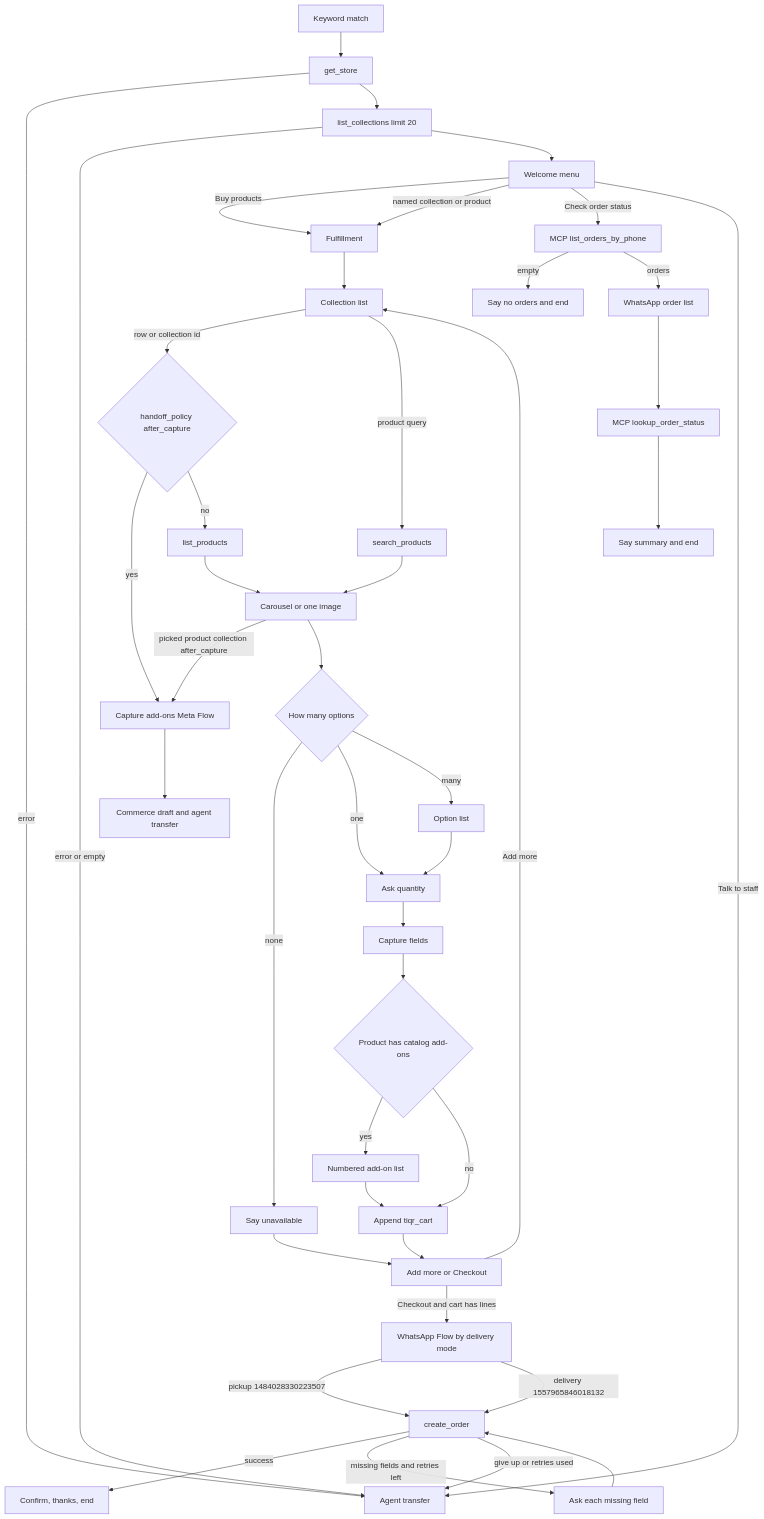
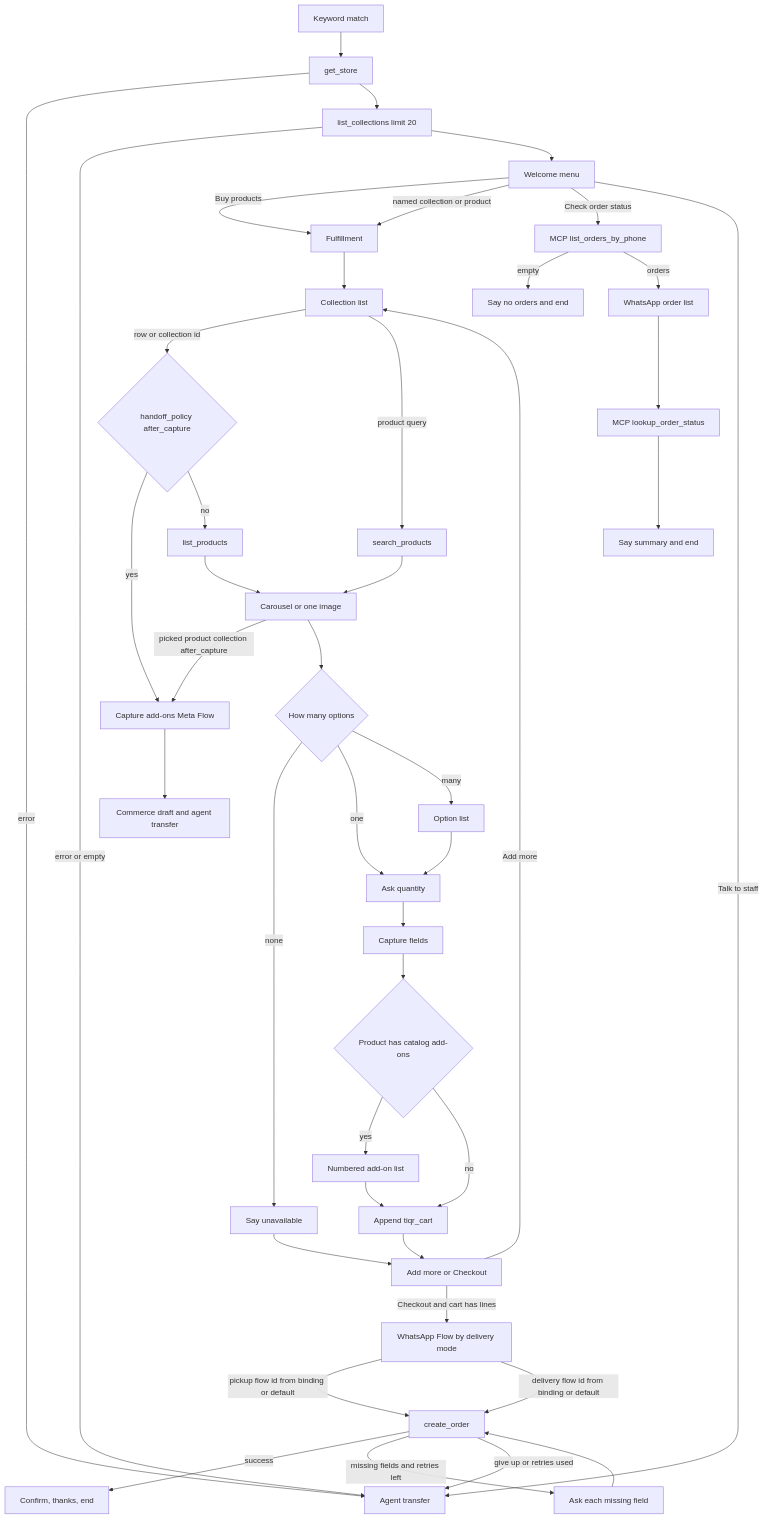
The diagram in docs/tiqr-ecommerce-coded-flow.md (Ticker-Events/whatomate), drawn with Mermaid before and after one commit. The commit also changed other lines of this file and 12 other files, not shown here.

````diff
--- a/docs/tiqr-ecommerce-coded-flow.md
+++ b/docs/tiqr-ecommerce-coded-flow.md
@@ -19,45 +19,45 @@
 ```mermaid
 flowchart TD
   kw[Keyword match] --> store[get_store]
   store -->|error| xfer[Agent transfer]
   store --> cols["list_collections limit 20"]
   cols -->|error or empty| xfer
   cols --> menu[Welcome menu]
   menu -->|Buy products| ful[Fulfillment]
   menu -->|named collection or product| ful
   menu -->|Check order status| look[MCP list_orders_by_phone]
   menu -->|Talk to staff| xfer
   look -->|empty| miss[Say no orders and end]
   look -->|orders| pick[WhatsApp order list]
   pick --> detail[MCP lookup_order_status]
   detail --> endStatus[Say summary and end]
   ful --> list[Collection list]
   list -->|row or collection id| policy{handoff_policy after_capture}
   policy -->|yes| earlyHandoff[Capture add-ons Meta Flow]
   earlyHandoff --> commerceXfer[Commerce draft and agent transfer]
   policy -->|no| prod[list_products]
   list -->|product query| search[search_products]
   search --> show[Carousel or one image]
   prod --> show
   show -->|picked product collection after_capture| earlyHandoff
   show --> opt{How many options}
   opt -->|none| skip[Say unavailable]
   opt -->|one| qty[Ask quantity]
   opt -->|many| olist[Option list]
   olist --> qty
   qty --> capture[Capture fields]
   capture --> addons{Product has catalog add-ons}
   addons -->|yes| addonAsk[Numbered add-on list]
   addonAsk --> cart[Append tiqr_cart]
   addons -->|no| cart
   skip --> next[Add more or Checkout]
   cart --> next
   next -->|Add more| list
   next -->|Checkout and cart has lines| flow[WhatsApp Flow by delivery mode]
-  flow -->|pickup 1484028330223507| create[create_order]
-  flow -->|delivery 1557965846018132| create
+  flow -->|pickup flow id from binding or default| create[create_order]
+  flow -->|delivery flow id from binding or default| create
   create -->|success| done[Confirm, thanks, end]
   create -->|missing fields and retries left| fix[Ask each missing field]
   fix --> create
   create -->|give up or retries used| xfer
 ```
````
